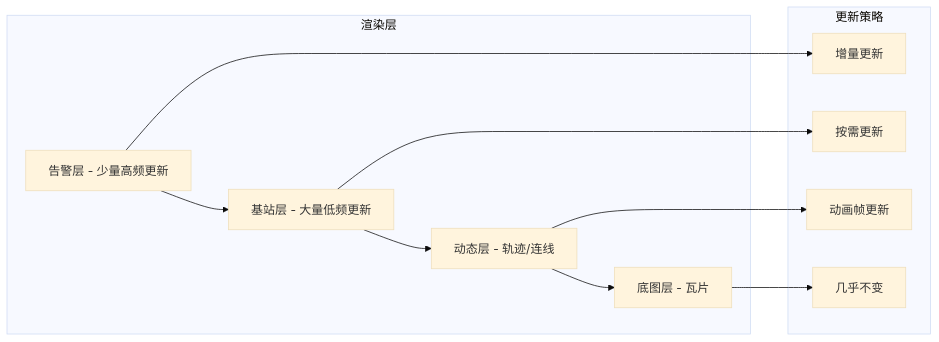
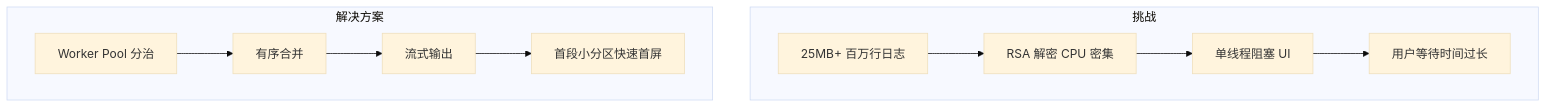
One commit to KMaybe01/common changed diagram 52 of 58 in S4-面试冲刺/02-简历问题.md. Above: the diagram before and after it, drawn with Mermaid (base theme). The commit also changed other lines of this file and 12 other files, not shown here.

````diff
--- a/S4-面试冲刺/02-简历问题.md
+++ b/S4-面试冲刺/02-简历问题.md
@@ -6235,15 +6532,14 @@
 ```mermaid
-flowchart LR
-  subgraph "渲染层"
-    L1["告警层 - 少量高频更新"] --> L2["基站层 - 大量低频更新"]
-    L2 --> L3["动态层 - 轨迹/连线"]
-    L3 --> L4["底图层 - 瓦片"]
+flowchart TD
+  subgraph "挑战"
+    C1["25MB+ 百万行日志"] --> C2["RSA 解密 CPU 密集"]
+    C2 --> C3["单线程阻塞 UI"]
+    C3 --> C4["用户等待时间过长"]
   end
 
-  subgraph "更新策略"
-    L1 --> U1["增量更新"]
-    L2 --> U2["按需更新"]
-    L3 --> U3["动画帧更新"]
-    L4 --> U4["几乎不变"]
+  subgraph "解决方案"
+    S1["Worker Pool 分治"] --> S2["有序合并"]
+    S2 --> S3["流式输出"]
+    S3 --> S4["首段小分区快速首屏"]
   end
 ```
````
